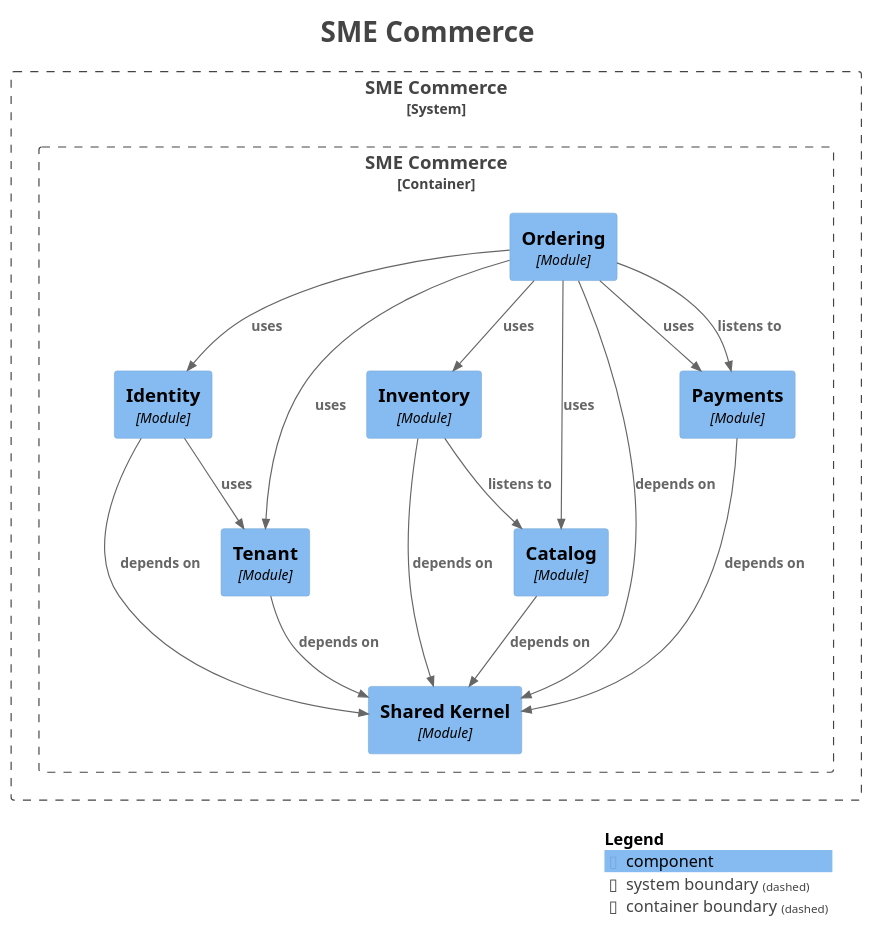
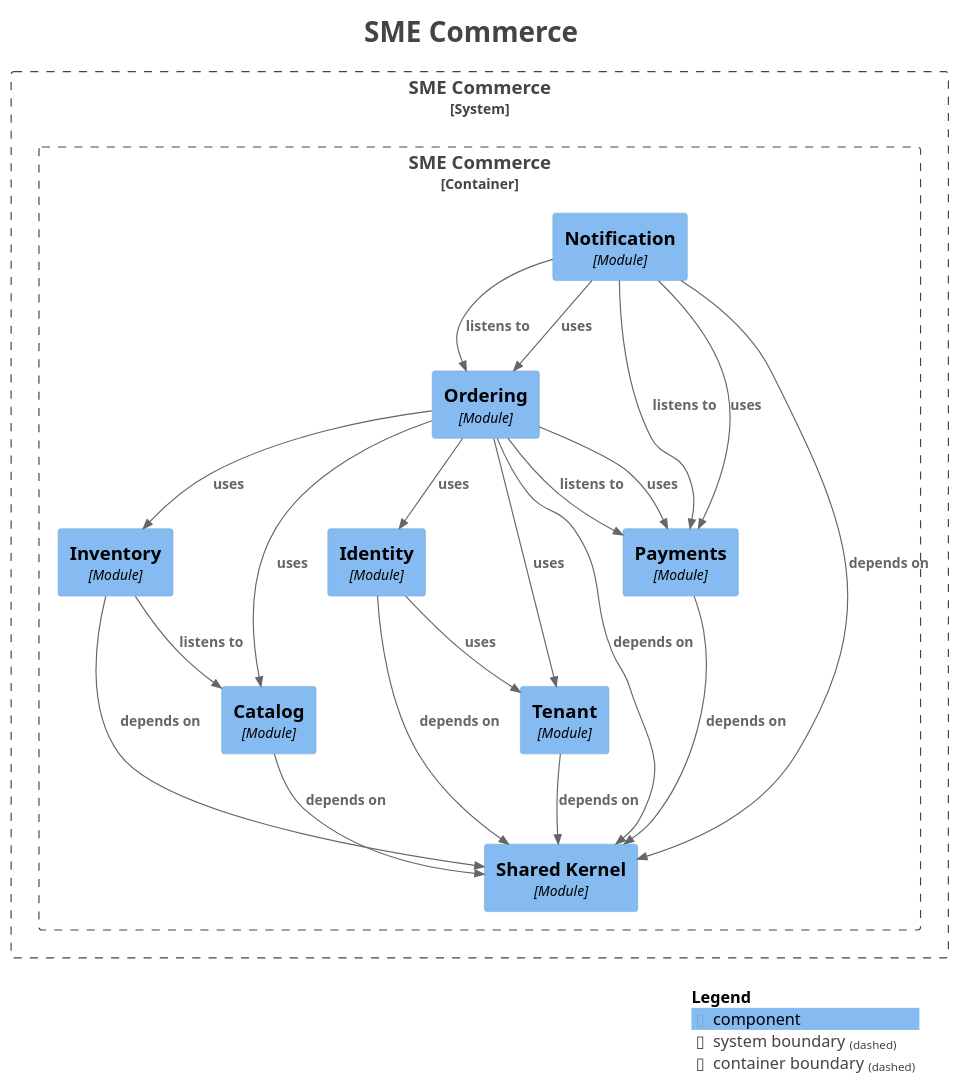
One commit to hezronokwach/sme-commerce-platform changed the diagram in docs/modules/components.puml. Above: the diagram before and after it, drawn with PlantUML. The commit also changed 19 other files, not shown here.

```diff
--- a/docs/modules/components.puml
+++ b/docs/modules/components.puml
@@ -1,48 +1,54 @@
 @startuml
 title <size:24>SME Commerce</size>
 
 set separator none
 top to bottom direction
 
 <style>
   root {
     BackgroundColor: #ffffff
     FontColor: #444444
   }
 </style>
 
 !include <C4/C4>
 !include <C4/C4_Context>
 !include <C4/C4_Component>
 
 System_Boundary("SMECommerce_boundary", "SME Commerce", $tags="") {
   Container_Boundary("SMECommerce.SMECommerce_boundary", "SME Commerce", $tags="") {
-    Component(SMECommerce.SMECommerce.Identity, "Identity", $techn="Module", $descr="", $tags="", $link="")
     Component(SMECommerce.SMECommerce.Inventory, "Inventory", $techn="Module", $descr="", $tags="", $link="")
     Component(SMECommerce.SMECommerce.Ordering, "Ordering", $techn="Module", $descr="", $tags="", $link="")
+    Component(SMECommerce.SMECommerce.Notification, "Notification", $techn="Module", $descr="", $tags="", $link="")
     Component(SMECommerce.SMECommerce.SharedKernel, "Shared Kernel", $techn="Module", $descr="", $tags="", $link="")
     Component(SMECommerce.SMECommerce.Catalog, "Catalog", $techn="Module", $descr="", $tags="", $link="")
     Component(SMECommerce.SMECommerce.Payments, "Payments", $techn="Module", $descr="", $tags="", $link="")
     Component(SMECommerce.SMECommerce.Tenant, "Tenant", $techn="Module", $descr="", $tags="", $link="")
+    Component(SMECommerce.SMECommerce.Identity, "Identity", $techn="Module", $descr="", $tags="", $link="")
   }
 
 }
 
-Rel(SMECommerce.SMECommerce.Payments, SMECommerce.SMECommerce.SharedKernel, "depends on", $techn="", $tags="", $link="")
+Rel(SMECommerce.SMECommerce.Tenant, SMECommerce.SMECommerce.SharedKernel, "depends on", $techn="", $tags="", $link="")
+Rel(SMECommerce.SMECommerce.Notification, SMECommerce.SMECommerce.Ordering, "listens to", $techn="", $tags="", $link="")
+Rel(SMECommerce.SMECommerce.Notification, SMECommerce.SMECommerce.Payments, "listens to", $techn="", $tags="", $link="")
+Rel(SMECommerce.SMECommerce.Notification, SMECommerce.SMECommerce.SharedKernel, "depends on", $techn="", $tags="", $link="")
+Rel(SMECommerce.SMECommerce.Notification, SMECommerce.SMECommerce.Ordering, "uses", $techn="", $tags="", $link="")
+Rel(SMECommerce.SMECommerce.Notification, SMECommerce.SMECommerce.Payments, "uses", $techn="", $tags="", $link="")
 Rel(SMECommerce.SMECommerce.Ordering, SMECommerce.SMECommerce.Payments, "listens to", $techn="", $tags="", $link="")
 Rel(SMECommerce.SMECommerce.Ordering, SMECommerce.SMECommerce.SharedKernel, "depends on", $techn="", $tags="", $link="")
+Rel(SMECommerce.SMECommerce.Ordering, SMECommerce.SMECommerce.Tenant, "uses", $techn="", $tags="", $link="")
 Rel(SMECommerce.SMECommerce.Ordering, SMECommerce.SMECommerce.Inventory, "uses", $techn="", $tags="", $link="")
-Rel(SMECommerce.SMECommerce.Ordering, SMECommerce.SMECommerce.Tenant, "uses", $techn="", $tags="", $link="")
 Rel(SMECommerce.SMECommerce.Ordering, SMECommerce.SMECommerce.Catalog, "uses", $techn="", $tags="", $link="")
 Rel(SMECommerce.SMECommerce.Ordering, SMECommerce.SMECommerce.Identity, "uses", $techn="", $tags="", $link="")
 Rel(SMECommerce.SMECommerce.Ordering, SMECommerce.SMECommerce.Payments, "uses", $techn="", $tags="", $link="")
+Rel(SMECommerce.SMECommerce.Payments, SMECommerce.SMECommerce.SharedKernel, "depends on", $techn="", $tags="", $link="")
 Rel(SMECommerce.SMECommerce.Catalog, SMECommerce.SMECommerce.SharedKernel, "depends on", $techn="", $tags="", $link="")
-Rel(SMECommerce.SMECommerce.Tenant, SMECommerce.SMECommerce.SharedKernel, "depends on", $techn="", $tags="", $link="")
+Rel(SMECommerce.SMECommerce.Inventory, SMECommerce.SMECommerce.Catalog, "listens to", $techn="", $tags="", $link="")
+Rel(SMECommerce.SMECommerce.Inventory, SMECommerce.SMECommerce.SharedKernel, "depends on", $techn="", $tags="", $link="")
 Rel(SMECommerce.SMECommerce.Identity, SMECommerce.SMECommerce.SharedKernel, "depends on", $techn="", $tags="", $link="")
 Rel(SMECommerce.SMECommerce.Identity, SMECommerce.SMECommerce.Tenant, "uses", $techn="", $tags="", $link="")
-Rel(SMECommerce.SMECommerce.Inventory, SMECommerce.SMECommerce.Catalog, "listens to", $techn="", $tags="", $link="")
-Rel(SMECommerce.SMECommerce.Inventory, SMECommerce.SMECommerce.SharedKernel, "depends on", $techn="", $tags="", $link="")
 
 SHOW_LEGEND(true)
 hide stereotypes
 @enduml
```
